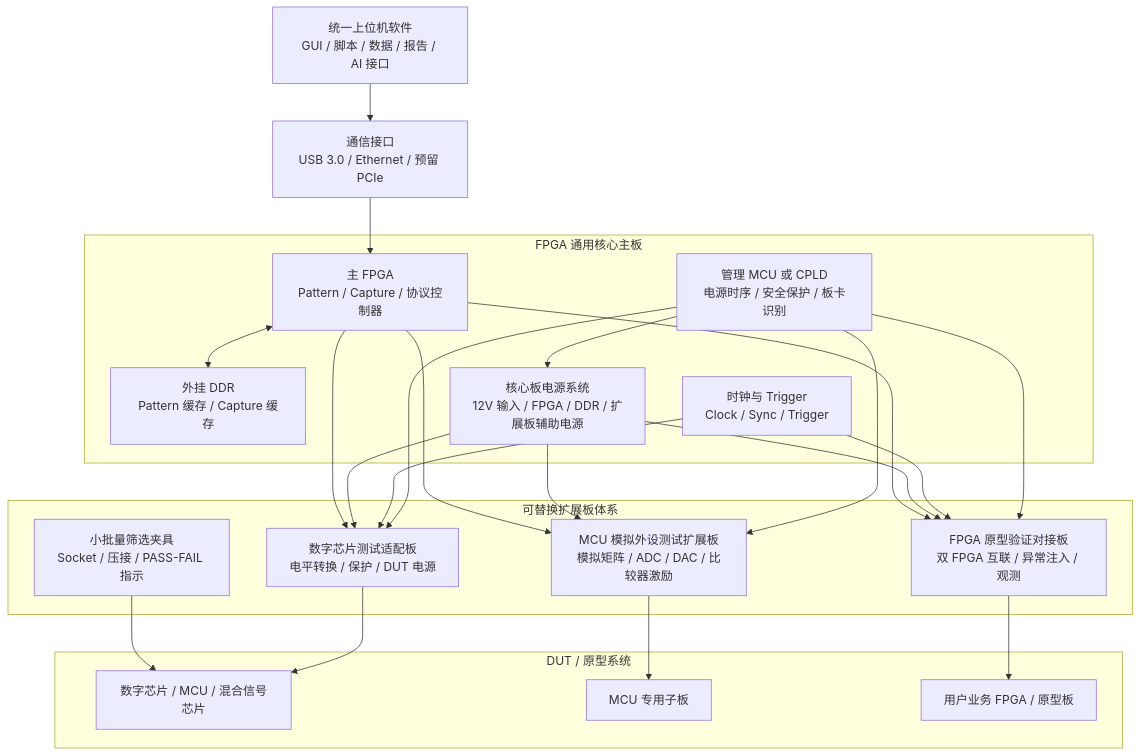
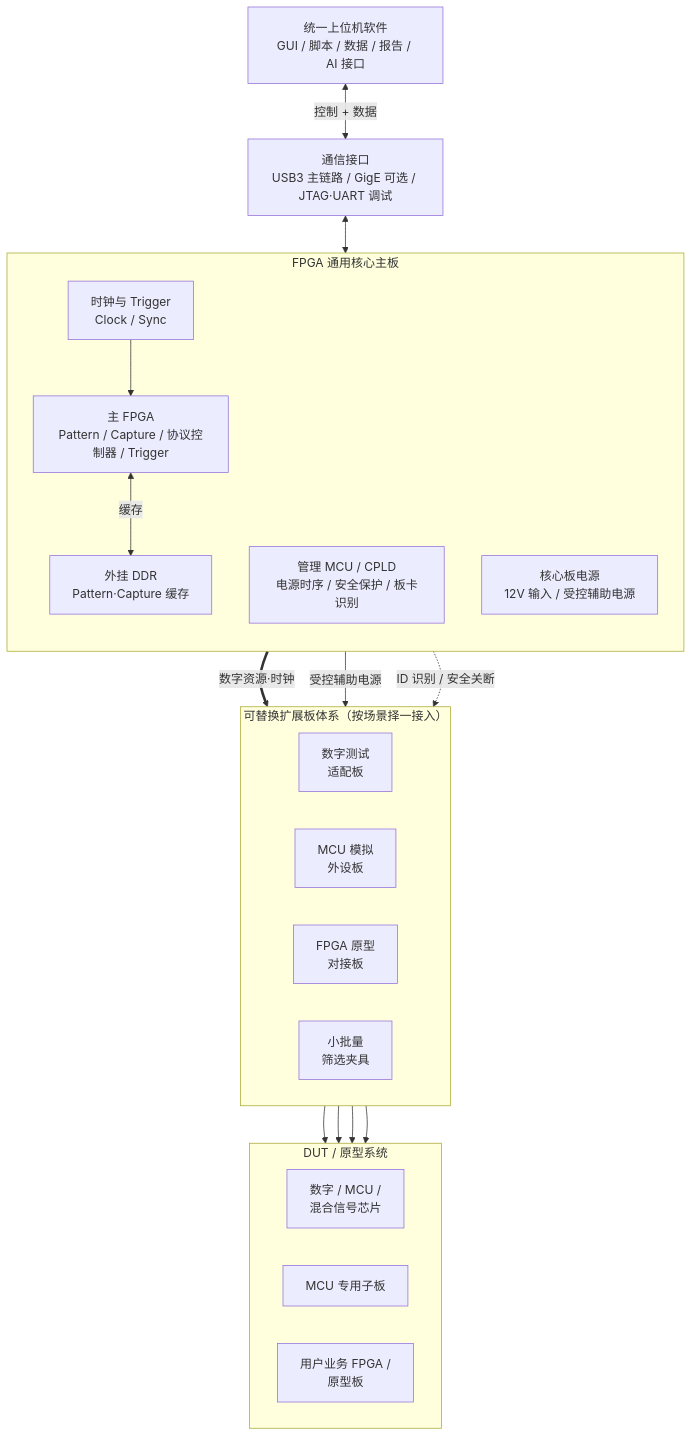
Before and after one commit to mynamelcz/fpga-test-platform: the diagram in 02-总体系统架构.md, drawn with Mermaid. The commit also changed 13 other files, not shown here.

````diff
--- a/02-总体系统架构.md
+++ b/02-总体系统架构.md
@@ -95,45 +95,44 @@
 ```mermaid
 flowchart TB
-    PC[统一上位机软件\nGUI / 脚本 / 数据 / 报告 / AI 接口]
-    COMM[通信接口\nUSB 3.0 / Ethernet / 预留 PCIe]
+    PC["统一上位机软件<br/>GUI / 脚本 / 数据 / 报告 / AI 接口"]
+    COMM["通信接口<br/>USB3 主链路 / GigE 可选 / JTAG·UART 调试"]
 
-    subgraph Core[FPGA 通用核心主板]
-        FPGA[主 FPGA\nPattern / Capture / 协议控制器]
-        DDR[外挂 DDR\nPattern 缓存 / Capture 缓存]
-        MCU[管理 MCU 或 CPLD\n电源时序 / 安全保护 / 板卡识别]
-        CLK[时钟与 Trigger\nClock / Sync / Trigger]
-        PWR[核心板电源系统\n12V 输入 / FPGA / DDR / 扩展板辅助电源]
+    subgraph Core["FPGA 通用核心主板"]
+        direction TB
+        FPGA["主 FPGA<br/>Pattern / Capture / 协议控制器 / Trigger"]
+        DDR["外挂 DDR<br/>Pattern·Capture 缓存"]
+        CLK["时钟与 Trigger<br/>Clock / Sync"]
+        MCU["管理 MCU / CPLD<br/>电源时序 / 安全保护 / 板卡识别"]
+        PWR["核心板电源<br/>12V 输入 / 受控辅助电源"]
     end
 
-    subgraph Ext[可替换扩展板体系]
-        Digital[数字芯片测试适配板\n电平转换 / 保护 / DUT 电源]
-        Analog[MCU 模拟外设测试扩展板\n模拟矩阵 / ADC / DAC / 比较器激励]
-        Proto[FPGA 原型验证对接板\n双 FPGA 互联 / 异常注入 / 观测]
-        Fixture[小批量筛选夹具\nSocket / 压接 / PASS-FAIL 指示]
+    subgraph Ext["可替换扩展板体系（按场景择一接入）"]
+        direction LR
+        Digital["数字测试<br/>适配板"]
+        Analog["MCU 模拟<br/>外设板"]
+        Proto["FPGA 原型<br/>对接板"]
+        Fixture["小批量<br/>筛选夹具"]
     end
 
-    subgraph DUT[DUT / 原型系统]
-        DUT1[数字芯片 / MCU / 混合信号芯片]
-        DUT2[MCU 专用子板]
-        DUT3[用户业务 FPGA / 原型板]
+    subgraph DUTL["DUT / 原型系统"]
+        direction LR
+        DUT1["数字 / MCU /<br/>混合信号芯片"]
+        DUT2["MCU 专用子板"]
+        DUT3["用户业务 FPGA /<br/>原型板"]
     end
 
-    PC --> COMM --> FPGA
-    FPGA <--> DDR
-    MCU --> PWR
-    MCU --> Digital
-    MCU --> Analog
-    MCU --> Proto
-    CLK --> Digital
-    CLK --> Proto
-    PWR --> Digital
-    PWR --> Analog
-    PWR --> Proto
-    FPGA --> Digital
-    FPGA --> Analog
-    FPGA --> Proto
+    PC <-->|"控制 + 数据"| COMM
+    COMM <--> FPGA
+    FPGA <-->|"缓存"| DDR
+    CLK --> FPGA
+
+    %% 三条链路：数字资源 / 受控电源 / 安全（虚线）
+    FPGA ==>|"数字资源·时钟"| Ext
+    PWR -->|"受控辅助电源"| Ext
+    MCU -.->|"ID 识别 / 安全关断"| Ext
+
     Digital --> DUT1
     Analog --> DUT2
     Proto --> DUT3
     Fixture --> DUT1
 ```
````
